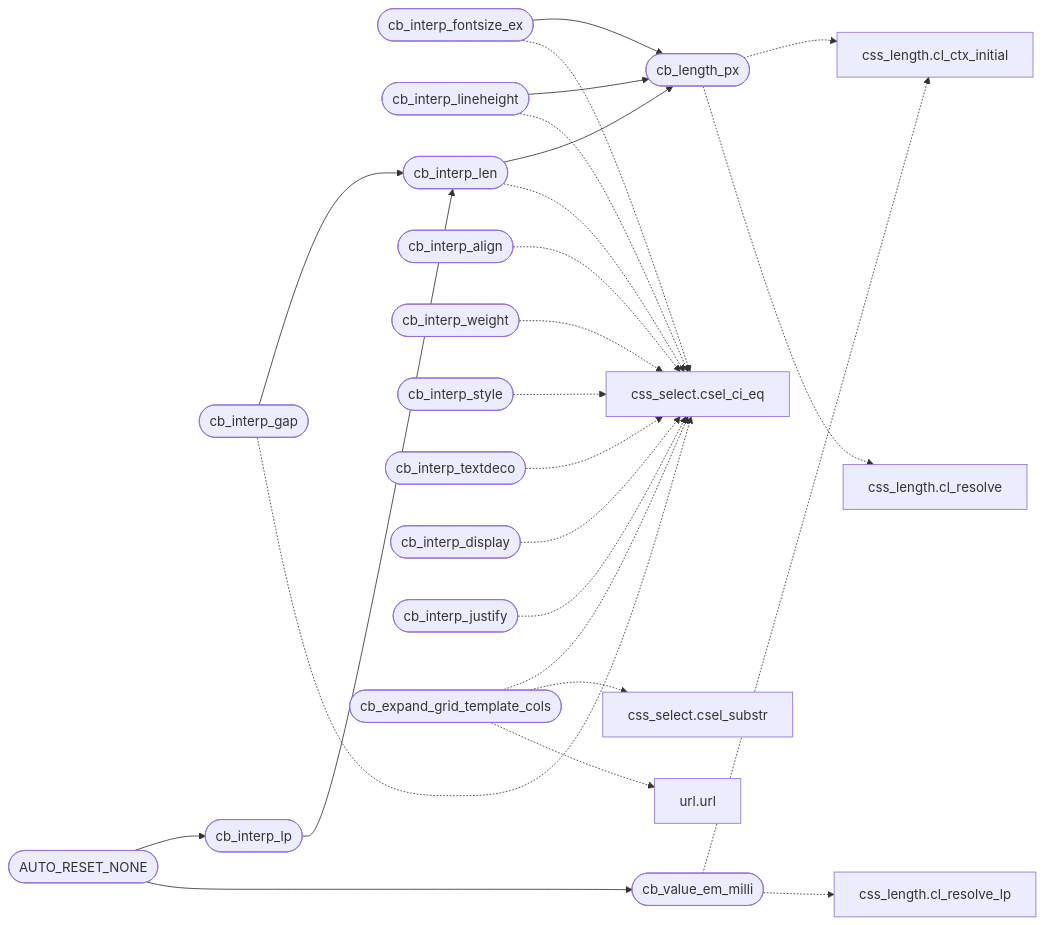
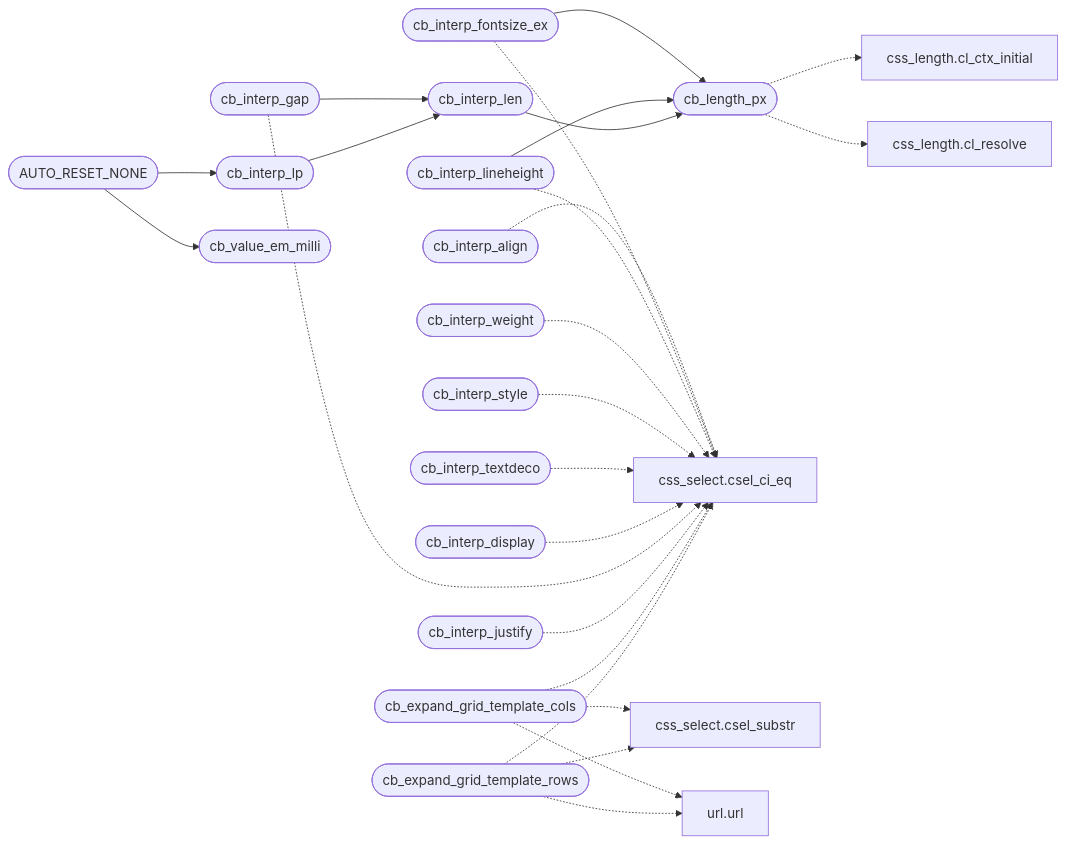
The second of 2 diagrams in readmenator-apidocs/modules/src.css_box.c.md (grisuno/FreeDom), drawn with Mermaid before and after one commit. The commit also changed other lines of this file and 259 other files, not shown here.

````diff
--- a/readmenator-apidocs/modules/src.css_box.c.md
+++ b/readmenator-apidocs/modules/src.css_box.c.md
@@ -28,48 +28,48 @@
 ```mermaid
 flowchart LR
     n_src_css_box_c__cb_interp_fontsize_ex(["cb_interp_fontsize_ex"])
     n_src_css_box_c__cb_length_px(["cb_length_px"])
     n_src_css_box_c__cb_interp_lineheight(["cb_interp_lineheight"])
     n_src_css_box_c__cb_interp_gap(["cb_interp_gap"])
     n_src_css_box_c__cb_interp_len(["cb_interp_len"])
     n_src_css_box_c__cb_interp_lp(["cb_interp_lp"])
     n_src_css_box_c__AUTO_RESET_NONE(["AUTO_RESET_NONE"])
     n_src_css_box_c__cb_value_em_milli(["cb_value_em_milli"])
     n_src_css_length_c__cl_ctx_initial["css_length.cl_ctx_initial"]
     n_src_css_length_c__cl_resolve["css_length.cl_resolve"]
     n_src_css_box_c__cb_interp_align(["cb_interp_align"])
     n_include_css_select_h__csel_ci_eq["css_select.csel_ci_eq"]
     n_src_css_box_c__cb_interp_weight(["cb_interp_weight"])
     n_src_css_box_c__cb_interp_style(["cb_interp_style"])
     n_src_css_box_c__cb_interp_textdeco(["cb_interp_textdeco"])
     n_src_css_box_c__cb_interp_display(["cb_interp_display"])
     n_src_css_box_c__cb_interp_justify(["cb_interp_justify"])
     n_src_css_box_c__cb_expand_grid_template_cols(["cb_expand_grid_template_cols"])
     n_include_css_select_h__csel_substr["css_select.csel_substr"]
     n_include_url_h__url["url.url"]
-    n_src_css_length_c__cl_resolve_lp["css_length.cl_resolve_lp"]
+    n_src_css_box_c__cb_expand_grid_template_rows(["cb_expand_grid_template_rows"])
     n_src_css_box_c__cb_interp_fontsize_ex --> n_src_css_box_c__cb_length_px
     n_src_css_box_c__cb_interp_lineheight --> n_src_css_box_c__cb_length_px
     n_src_css_box_c__cb_interp_gap --> n_src_css_box_c__cb_interp_len
     n_src_css_box_c__cb_interp_len --> n_src_css_box_c__cb_length_px
     n_src_css_box_c__cb_interp_lp --> n_src_css_box_c__cb_interp_len
     n_src_css_box_c__AUTO_RESET_NONE --> n_src_css_box_c__cb_interp_lp
     n_src_css_box_c__AUTO_RESET_NONE --> n_src_css_box_c__cb_value_em_milli
     n_src_css_box_c__cb_length_px -.-> n_src_css_length_c__cl_ctx_initial
     n_src_css_box_c__cb_length_px -.-> n_src_css_length_c__cl_resolve
     n_src_css_box_c__cb_interp_align -.-> n_include_css_select_h__csel_ci_eq
     n_src_css_box_c__cb_interp_fontsize_ex -.-> n_include_css_select_h__csel_ci_eq
     n_src_css_box_c__cb_interp_lineheight -.-> n_include_css_select_h__csel_ci_eq
     n_src_css_box_c__cb_interp_weight -.-> n_include_css_select_h__csel_ci_eq
     n_src_css_box_c__cb_interp_style -.-> n_include_css_select_h__csel_ci_eq
     n_src_css_box_c__cb_interp_textdeco -.-> n_include_css_select_h__csel_ci_eq
     n_src_css_box_c__cb_interp_display -.-> n_include_css_select_h__csel_ci_eq
     n_src_css_box_c__cb_interp_gap -.-> n_include_css_select_h__csel_ci_eq
     n_src_css_box_c__cb_interp_justify -.-> n_include_css_select_h__csel_ci_eq
     n_src_css_box_c__cb_expand_grid_template_cols -.-> n_include_css_select_h__csel_ci_eq
     n_src_css_box_c__cb_expand_grid_template_cols -.-> n_include_css_select_h__csel_substr
     n_src_css_box_c__cb_expand_grid_template_cols -.-> n_include_url_h__url
-    n_src_css_box_c__cb_interp_len -.-> n_include_css_select_h__csel_ci_eq
-    n_src_css_box_c__cb_value_em_milli -.-> n_src_css_length_c__cl_ctx_initial
-    n_src_css_box_c__cb_value_em_milli -.-> n_src_css_length_c__cl_resolve_lp
+    n_src_css_box_c__cb_expand_grid_template_rows -.-> n_include_css_select_h__csel_ci_eq
+    n_src_css_box_c__cb_expand_grid_template_rows -.-> n_include_css_select_h__csel_substr
+    n_src_css_box_c__cb_expand_grid_template_rows -.-> n_include_url_h__url
 ```
````
